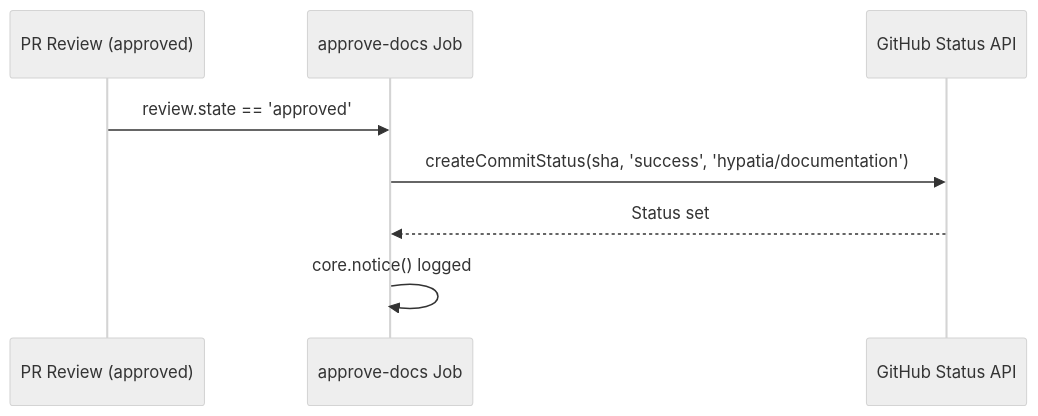
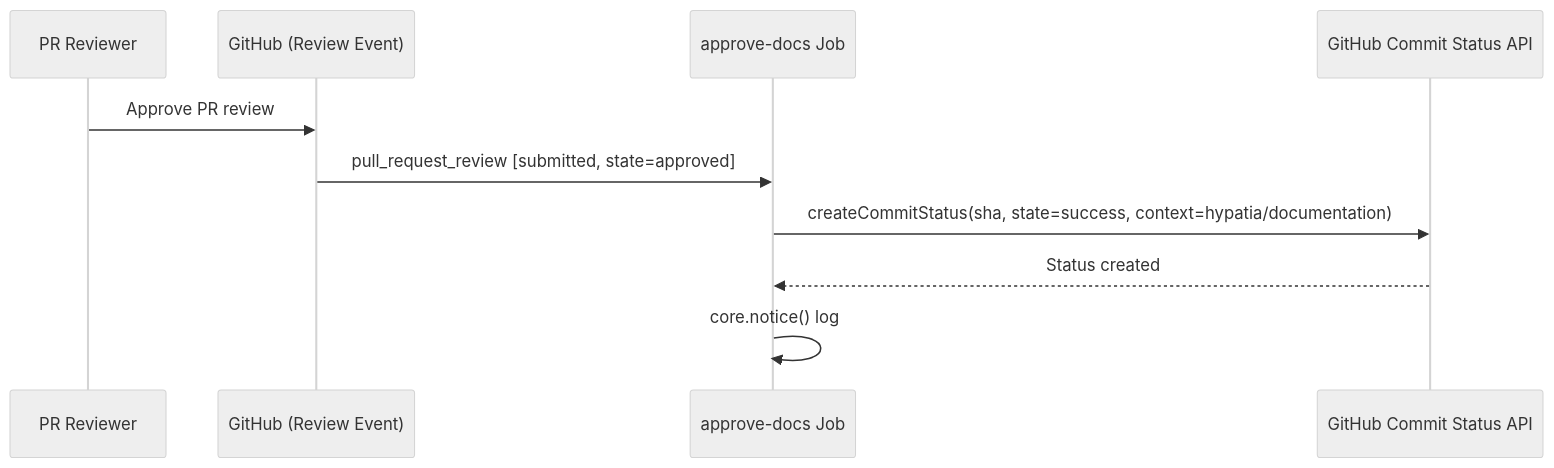
Before and after one commit to cornelisnetworks/opa-psm2-tests: the third of 4 diagrams in docs/.github-workflows.md, drawn with Mermaid (neutral theme). The commit also changed other lines of this file and 1 other file, not shown here.

Commit message:
docs: auto-generate documentation for PR #1 [skip ci]

````diff
--- a/docs/.github-workflows.md
+++ b/docs/.github-workflows.md
@@ -69,11 +69,13 @@
 ```mermaid
 sequenceDiagram
-    participant Review as PR Review (approved)
+    participant Reviewer as PR Reviewer
+    participant GH as GitHub (Review Event)
     participant Approve as approve-docs Job
-    participant GH as GitHub Status API
+    participant StatusAPI as GitHub Commit Status API
 
-    Review->>Approve: review.state == 'approved'
-    Approve->>GH: createCommitStatus(sha, 'success', 'hypatia/documentation')
-    GH-->>Approve: Status set
-    Approve->>Approve: core.notice() logged
+    Reviewer->>GH: Approve PR review
+    GH->>Approve: pull_request_review [submitted, state=approved]
+    Approve->>StatusAPI: createCommitStatus(sha, state=success, context=hypatia/documentation)
+    StatusAPI-->>Approve: Status created
+    Approve->>Approve: core.notice() log
 ```
````
